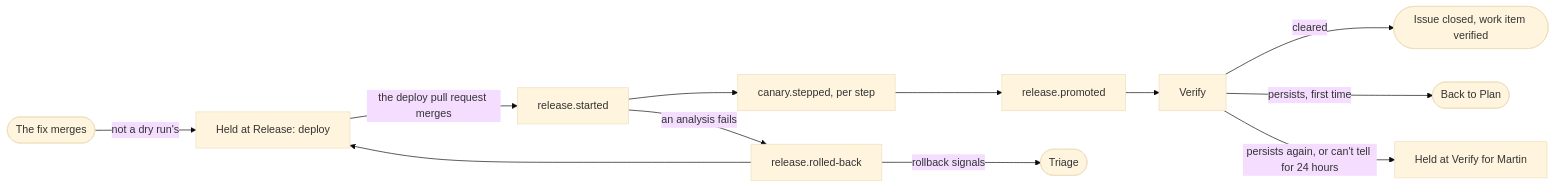
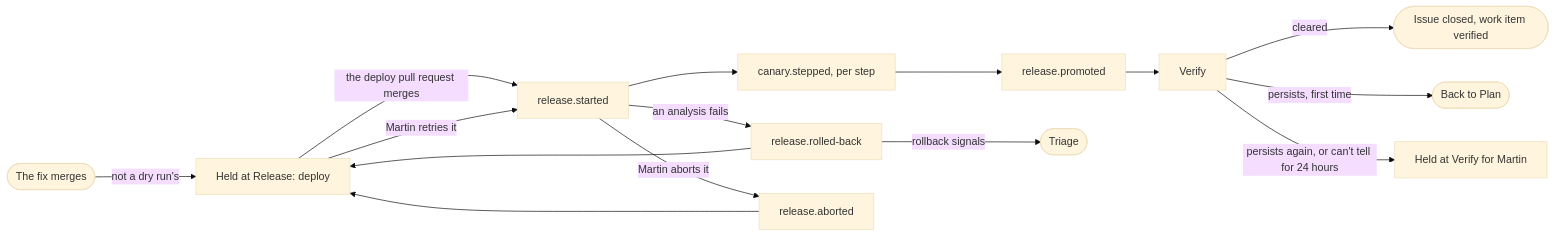
The diagram in docs/COMPONENTS/RELEASE-AND-VERIFY.md (mrogan/cv-software-factory), drawn with Mermaid (base theme) before and after one commit. The commit also changed other lines of this file and 44 other files, not shown here.

````diff
--- a/docs/COMPONENTS/RELEASE-AND-VERIFY.md
+++ b/docs/COMPONENTS/RELEASE-AND-VERIFY.md
@@ -8,14 +8,17 @@
 ```mermaid
 flowchart LR
   merged([The fix merges]) -- "not a dry run's" --> held[Held at Release: deploy]
   held -- the deploy pull request merges --> started[release.started]
   started --> stepped[canary.stepped, per step]
   stepped --> promoted[release.promoted]
   started -- "an analysis fails" --> rolledback[release.rolled-back]
+  started -- "Martin aborts it" --> aborted[release.aborted]
   rolledback -- rollback signals --> triage([Triage])
   rolledback --> held
+  aborted --> held
+  held -- "Martin retries it" --> started
   promoted --> verify[Verify]
   verify -- cleared --> closed([Issue closed, work item verified])
   verify -- persists, first time --> plan([Back to Plan])
   verify -- "persists again, or can't tell for 24 hours" --> hold[Held at Verify for Martin]
 ```
````
